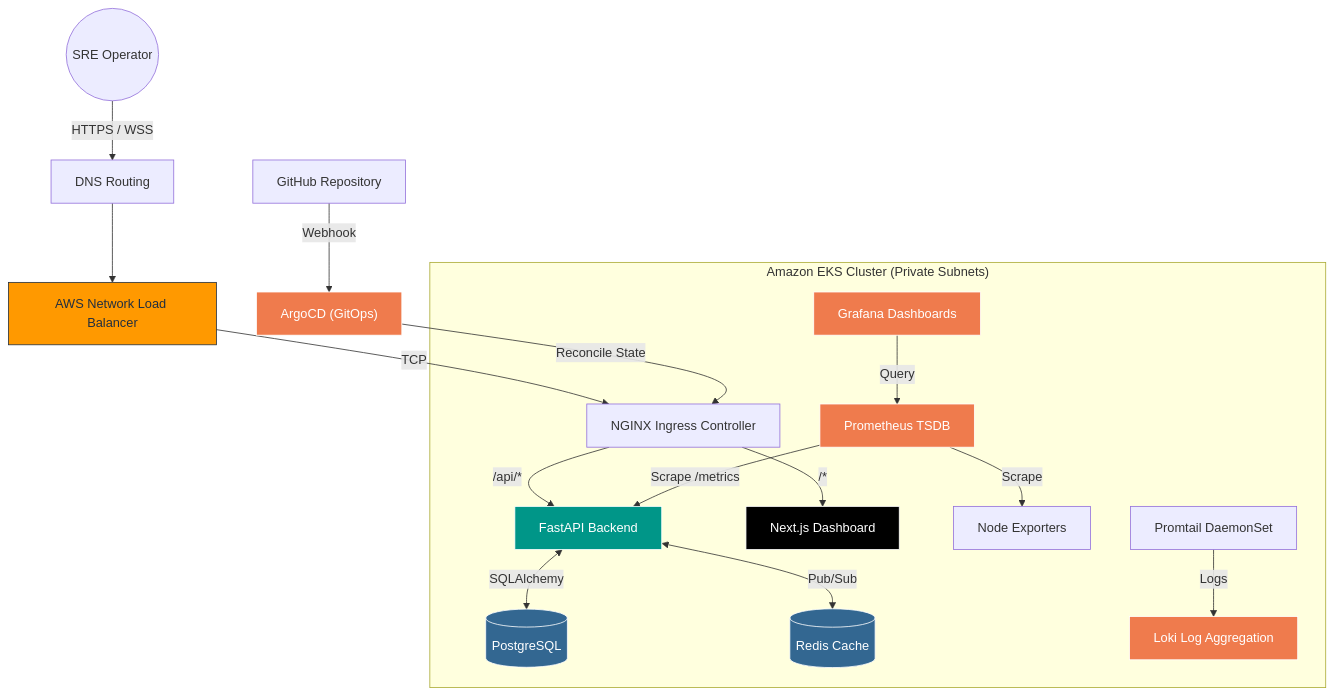
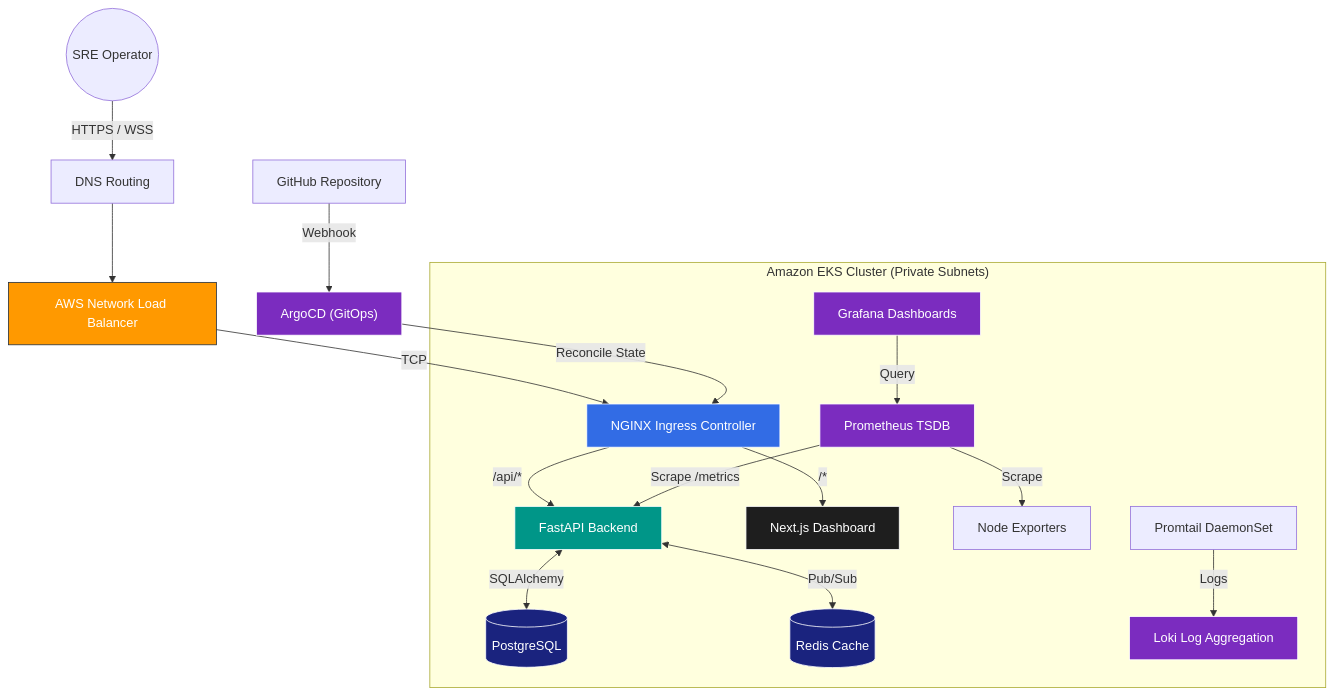
The first of 5 diagrams in docs/presentation/Cloud_Sentinel_Architecture_Presentation.md (charan21042005/cloud-sentinel-platform), drawn with Mermaid before and after one commit. The commit also changed other lines of this file, not shown here.

Commit message:
docs(presentation): apply final presentation polish including transition notes, tech stack summary, and mermaid consistency

````diff
--- a/docs/presentation/Cloud_Sentinel_Architecture_Presentation.md
+++ b/docs/presentation/Cloud_Sentinel_Architecture_Presentation.md
@@ -39,28 +38,29 @@
 ```mermaid
 graph TD
-    classDef aws fill:#ff9900,color:#232f3e,stroke:#232f3e;
-    classDef web fill:#000000,color:#fff,stroke:#fff;
+    classDef aws fill:#ff9900,color:#fff,stroke:#232f3e;
+    classDef web fill:#1E1E1E,color:#fff,stroke:#fff;
     classDef api fill:#009688,color:#fff,stroke:#fff;
-    classDef ops fill:#EF7B4D,color:#fff,stroke:#fff;
-    classDef db fill:#336791,color:#fff,stroke:#fff;
+    classDef ops fill:#7B2CBF,color:#fff,stroke:#fff;
+    classDef db fill:#1A237E,color:#fff,stroke:#fff;
+    classDef k8s fill:#326CE5,color:#fff,stroke:#fff;
 
     User((SRE Operator)) -->|"HTTPS / WSS"| Route53["DNS Routing"]
     Route53 --> NLB["AWS Network Load Balancer"]:::aws
-    NLB -->|"TCP"| Ingress["NGINX Ingress Controller"]
+    NLB -->|"TCP"| Ingress["NGINX Ingress Controller"]:::k8s
     
     subgraph "Amazon EKS Cluster (Private Subnets)"
         Ingress -->|"/api/*"| APIGateway["FastAPI Backend"]:::api
         Ingress -->|"/*"| NextJS["Next.js Dashboard"]:::web
         
         APIGateway <-->|"SQLAlchemy"| PostgreSQL[(PostgreSQL)]:::db
         APIGateway <-->|"Pub/Sub"| Redis[(Redis Cache)]:::db
         
         Prometheus["Prometheus TSDB"]:::ops -->|"Scrape /metrics"| APIGateway
         Prometheus -->|"Scrape"| NodeExporter["Node Exporters"]
         Grafana["Grafana Dashboards"]:::ops -->|"Query"| Prometheus
         Promtail["Promtail DaemonSet"] -->|"Logs"| Loki["Loki Log Aggregation"]:::ops
     end
     
     GitHub["GitHub Repository"] -->|"Webhook"| ArgoCD["ArgoCD (GitOps)"]:::ops
     ArgoCD -->|"Reconcile State"| Ingress
 ```
````
